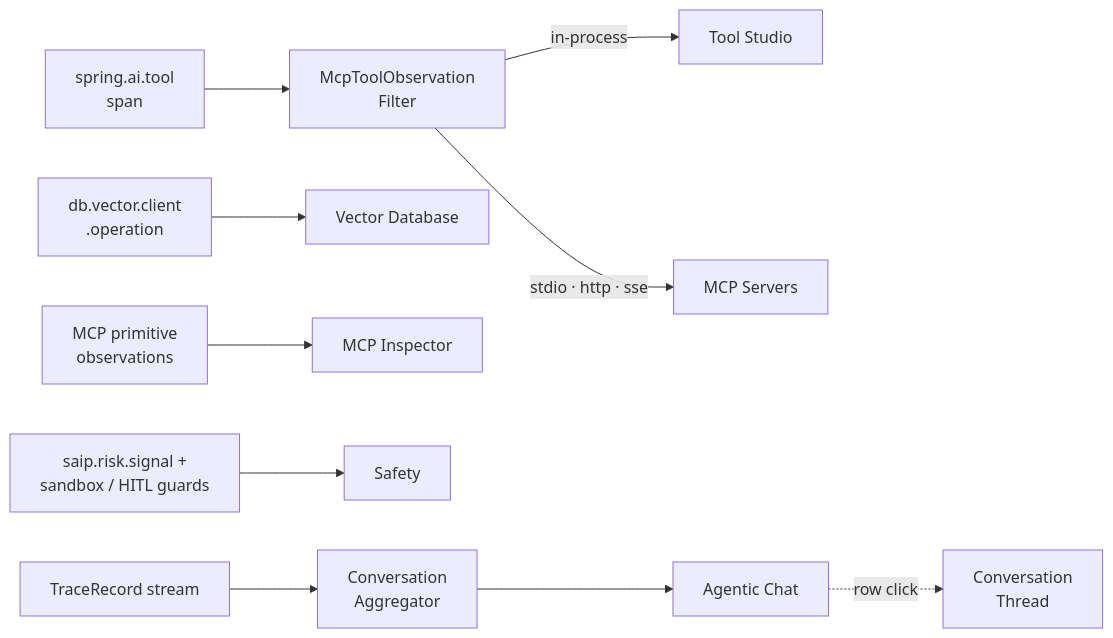
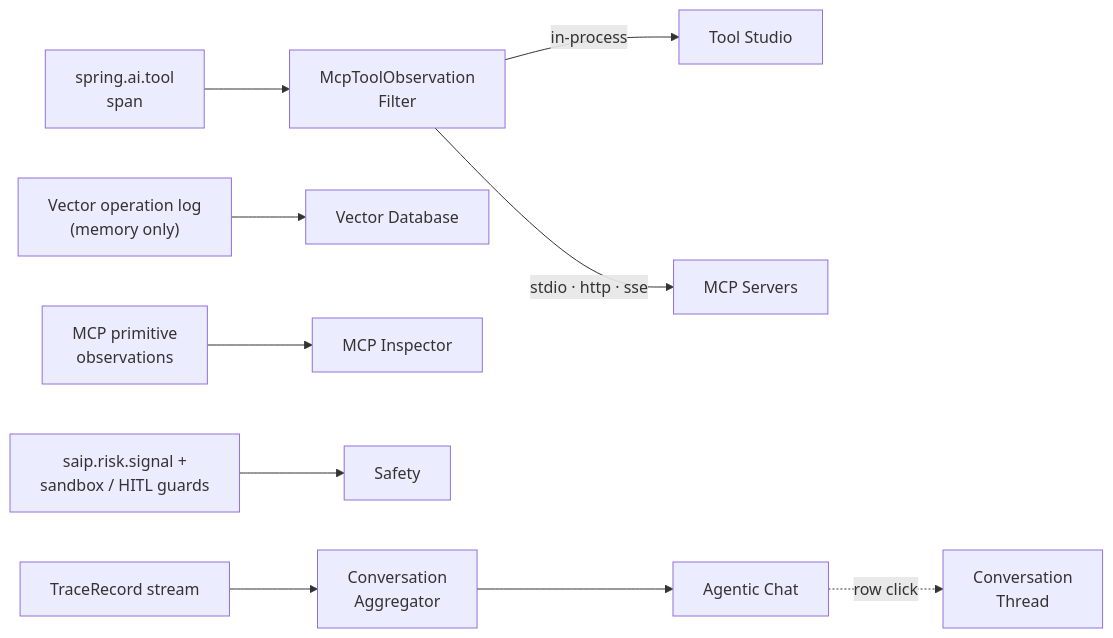
One commit to spring-ai-community/spring-ai-playground changed the diagram in docs/features/observability/ai-stack/index.md. Above: the diagram before and after it, drawn with Mermaid. The commit also changed other lines of this file and 78 other files, not shown here.

````diff
--- a/docs/features/observability/ai-stack/index.md
+++ b/docs/features/observability/ai-stack/index.md
@@ -8,14 +8,14 @@
 ```mermaid
 flowchart LR
     Span["spring.ai.tool<br/>span"]
     Filt["McpToolObservation<br/>Filter"]
     Span --> Filt
     Filt -->|in-process| TS["Tool Studio"]
     Filt -->|stdio · http · sse| MS["MCP Servers"]
-    VSpan["db.vector.client<br/>.operation"] --> VD["Vector Database"]
+    VLog["Vector operation log<br/>(memory only)"] --> VD["Vector Database"]
     Prim["MCP primitive<br/>observations"] --> MI["MCP Inspector"]
     Risk["saip.risk.signal +<br/>sandbox / HITL guards"] --> SF["Safety"]
     Trace["TraceRecord stream"] --> Agg["Conversation<br/>Aggregator"]
     Agg --> AC["Agentic Chat"]
     AC -. row click .-> CTD["Conversation<br/>Thread"]
 ```
````
